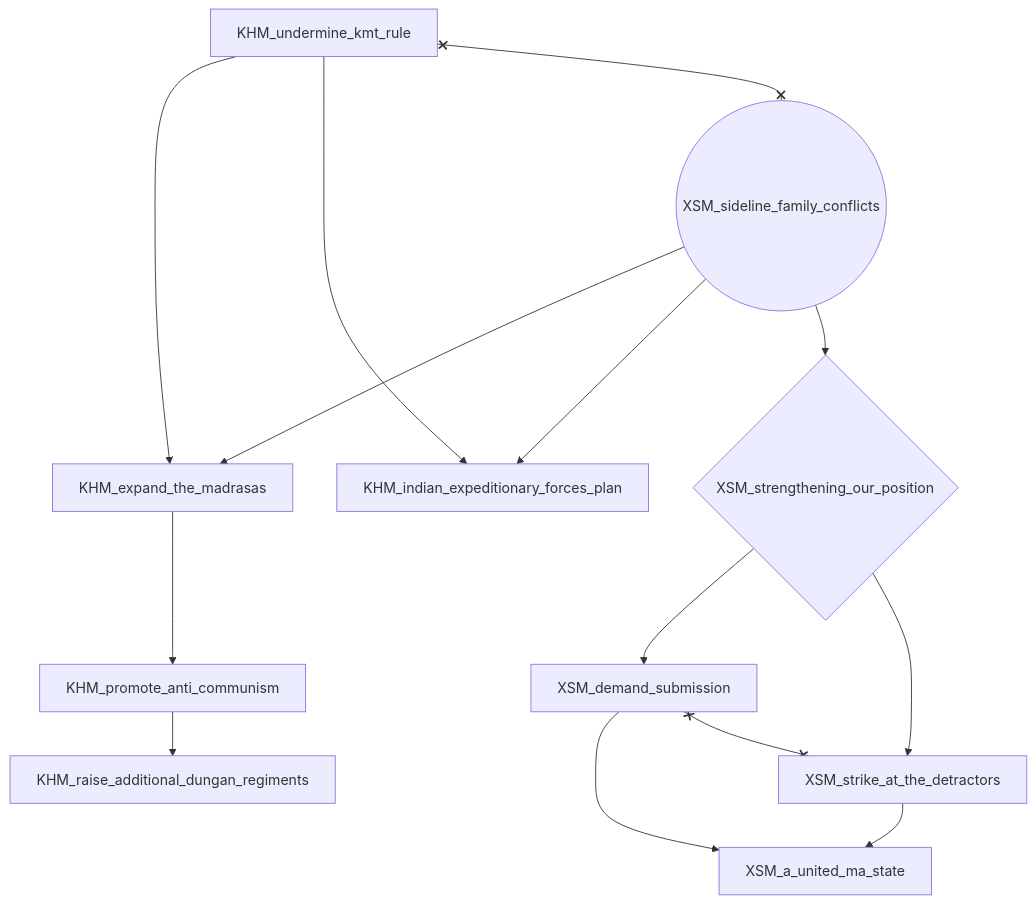
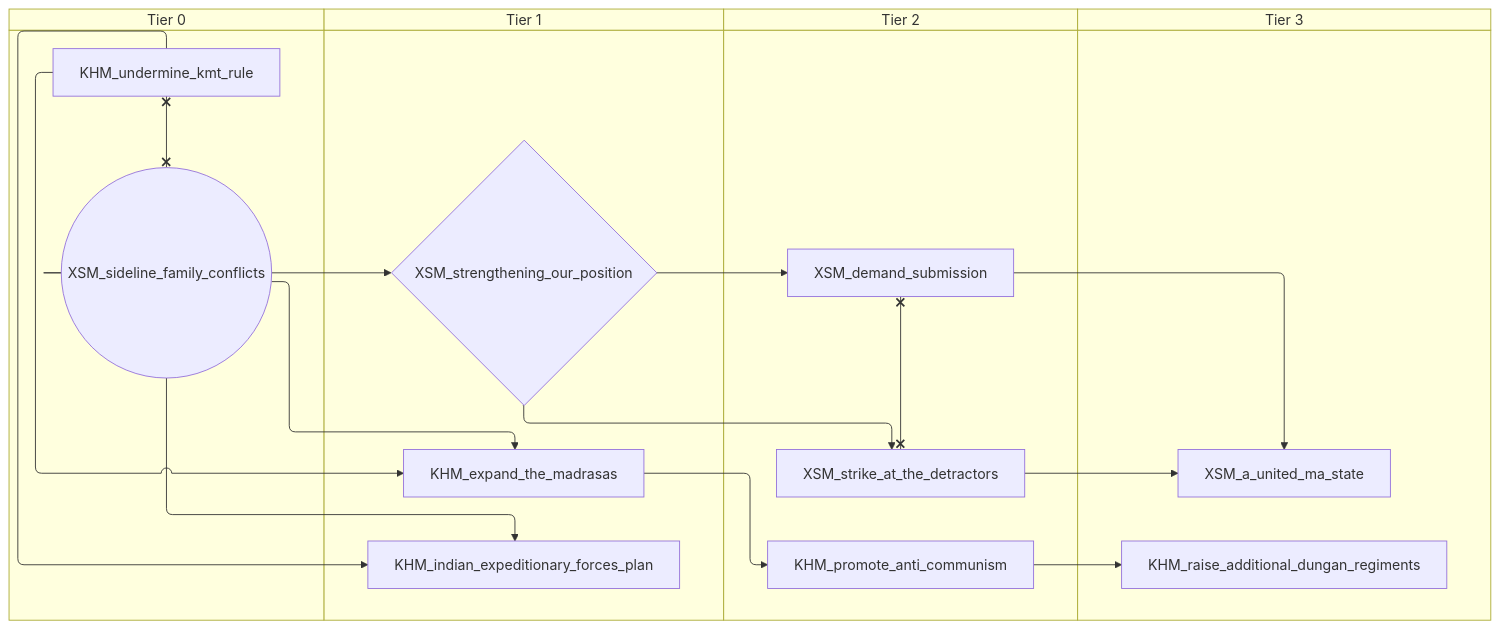
Before and after one commit to evgeny-sobol/hoi4-sandbox-mode: diagram 11 of 13 in docs/gdd/National Focuses/china_warlord_sea.md, drawn with Mermaid. The commit also changed other lines of this file and 80 other files, not shown here.

First line of the commit message:
Add swimlane mode to focus graph exporter

````diff
--- a/docs/gdd/National Focuses/china_warlord_sea.md
+++ b/docs/gdd/National Focuses/china_warlord_sea.md
@@ -431,26 +537,34 @@
 ```mermaid
-flowchart TD
-    n84["KHM_expand_the_madrasas"]
-    n86["KHM_indian_expeditionary_forces_plan"]
-    n87["KHM_promote_anti_communism"]
-    n89["KHM_raise_additional_dungan_regiments"]
-    n94["KHM_undermine_kmt_rule"]
-    n134["XSM_a_united_ma_state"]
-    n135["XSM_demand_submission"]
-    n95(("XSM_sideline_family_conflicts"))
-    n136{"XSM_strengthening_our_position"}
-    n137["XSM_strike_at_the_detractors"]
-    n94 --> n84
-    n95 --> n84
-    n94 --> n86
-    n95 --> n86
+swimlane-beta TD
+    subgraph tier_0["Tier 0"]
+        n83["KHM_undermine_kmt_rule"]
+        n84(("XSM_sideline_family_conflicts"))
+    end
+    subgraph tier_1["Tier 1"]
+        n86["KHM_expand_the_madrasas"]
+        n87["KHM_indian_expeditionary_forces_plan"]
+        n134{"XSM_strengthening_our_position"}
+    end
+    subgraph tier_2["Tier 2"]
+        n88["KHM_promote_anti_communism"]
+        n135["XSM_demand_submission"]
+        n136["XSM_strike_at_the_detractors"]
+    end
+    subgraph tier_3["Tier 3"]
+        n91["KHM_raise_additional_dungan_regiments"]
+        n137["XSM_a_united_ma_state"]
+    end
+    n83 --> n86
+    n84 --> n86
+    n83 --> n87
     n84 --> n87
-    n87 --> n89
-    n135 --> n134
-    n137 --> n134
-    n136 --> n135
-    n95 --> n136
+    n86 --> n88
+    n88 --> n91
+    n135 --> n137
     n136 --> n137
-    n94 x--x n95
-    n135 x--x n137
+    n134 --> n135
+    n84 --> n134
+    n134 --> n136
+    n83 x--x n84
+    n135 x--x n136
 ```
````
